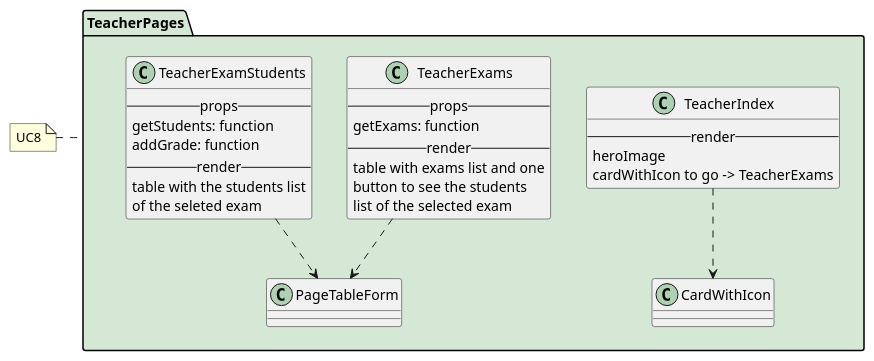
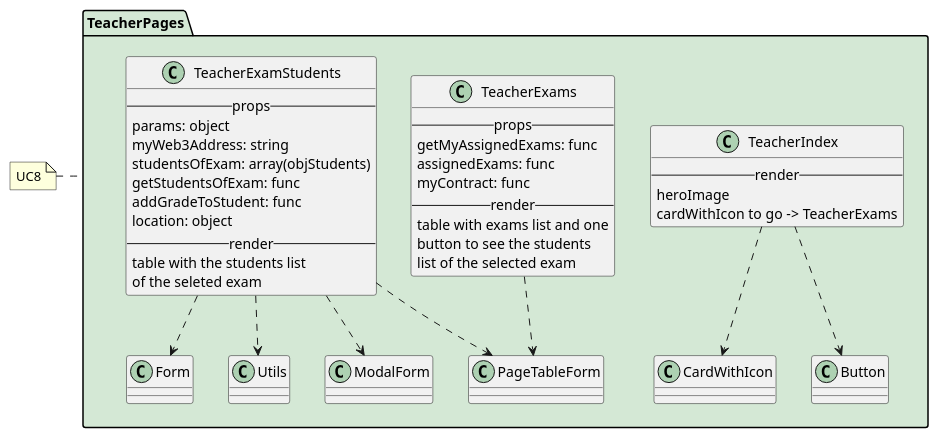
The diagram in react/teacher/index.iuml (M9k/Marvin-Uml), drawn with PlantUML before and after one commit. The commit also changed 2 other files, not shown here.

Commit message:
aggiornato pagine admin/student/teacher

```diff
--- a/react/teacher/index.iuml
+++ b/react/teacher/index.iuml
@@ -1,32 +1,42 @@
 package TeacherPages #D4E8D5 {
 
 class TeacherIndex {
     --render--
         heroImage
         cardWithIcon to go -> TeacherExams
 }
 TeacherIndex ..> CardWithIcon
+TeacherIndex ..> Button
 
 class TeacherExams {
     --props--
-        getExams: function
+      getMyAssignedExams: func
+      assignedExams: func
+      myContract: func
     --render--
     table with exams list and one
     button to see the students
     list of the selected exam
 }
 TeacherExams ..> PageTableForm
 
 class TeacherExamStudents {
     --props--
-        getStudents: function
-        addGrade: function
+      params: object
+      myWeb3Address: string
+      studentsOfExam: array(objStudents)
+      getStudentsOfExam: func
+      addGradeToStudent: func
+      location: object
     --render--
     table with the students list
     of the seleted exam
 }
 TeacherExamStudents ..> PageTableForm
+TeacherExamStudents ..> Utils
+TeacherExamStudents ..> ModalForm
+TeacherExamStudents ..> Form
 
 }
 
 note left of TeacherPages: UC8
```
